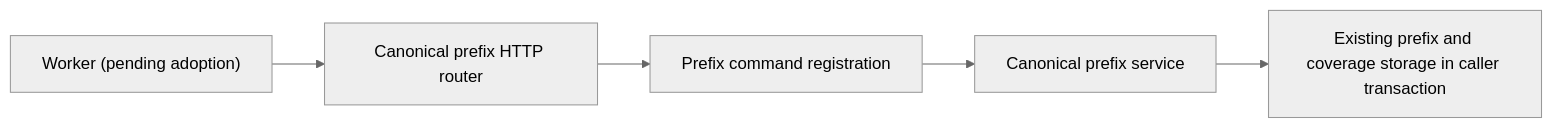
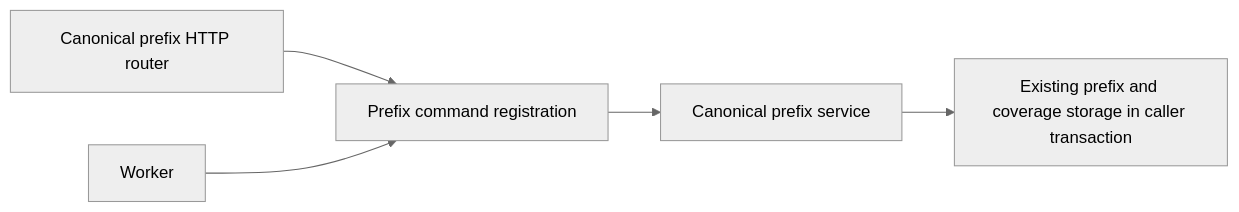
The fifth of 5 diagrams in backend/app/services/README.md (aaweaver-actuary/tempo), drawn with Mermaid (neutral theme) before and after one commit. The commit also changed other lines of this file and 3 other files, not shown here.

Commit message:
Register worker commands without HTTP routers

````diff
--- a/backend/app/services/README.md
+++ b/backend/app/services/README.md
@@ -259,7 +259,7 @@
 ```mermaid
 flowchart LR
   http["Canonical prefix HTTP router"] --> commands["Prefix command registration"]
-  worker["Worker (pending adoption)"] --> http
+  worker["Worker"] --> commands
   commands --> owner["Canonical prefix service"]
   owner --> storage["Existing prefix and coverage storage in caller transaction"]
 ```
````
